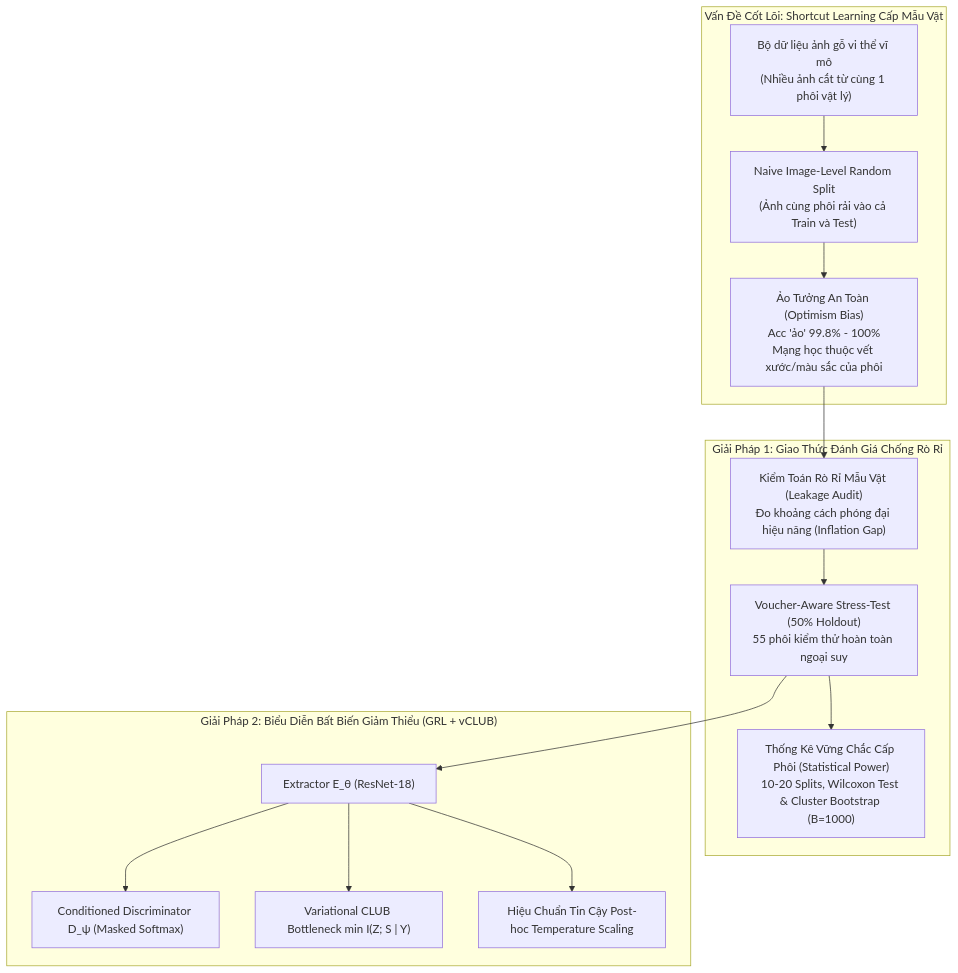
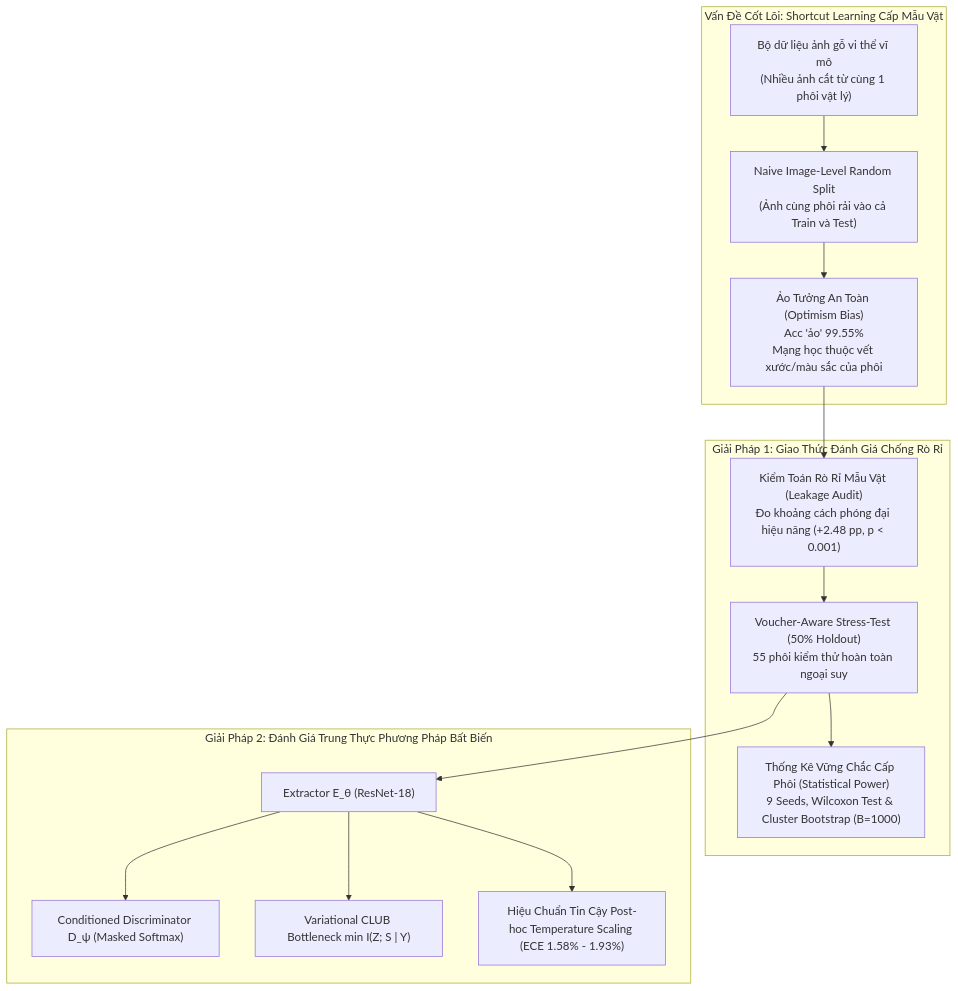
The diagram in 03_research_paper_specimen_invariance/README.md (vietanhlee/S3), drawn with Mermaid before and after one commit. The commit also changed other lines of this file and 11 other files, not shown here.

Commit message:
feat(paper): complete manuscript rewrite for specimen leakage audit and honest negative results

````diff
--- a/03_research_paper_specimen_invariance/README.md
+++ b/03_research_paper_specimen_invariance/README.md
@@ -17,28 +17,28 @@
 ```mermaid
 flowchart TD
     subgraph Problem["Vấn Đề Cốt Lõi: Shortcut Learning Cấp Mẫu Vật"]
         A["Bộ dữ liệu ảnh gỗ vi thể vĩ mô<br/>(Nhiều ảnh cắt từ cùng 1 phôi vật lý)"]
         B["Naive Image-Level Random Split<br/>(Ảnh cùng phôi rải vào cả Train và Test)"]
-        C["Ảo Tưởng An Toàn (Optimism Bias)<br/>Acc 'ảo' 99.8% - 100%<br/>Mạng học thuộc vết xước/màu sắc của phôi"]
+        C["Ảo Tưởng An Toàn (Optimism Bias)<br/>Acc 'ảo' 99.55%<br/>Mạng học thuộc vết xước/màu sắc của phôi"]
         A --> B --> C
     end
 
     subgraph Audit["Giải Pháp 1: Giao Thức Đánh Giá Chống Rò Rỉ"]
-        D["Kiểm Toán Rò Rỉ Mẫu Vật (Leakage Audit)<br/>Đo khoảng cách phóng đại hiệu năng (Inflation Gap)"]
+        D["Kiểm Toán Rò Rỉ Mẫu Vật (Leakage Audit)<br/>Đo khoảng cách phóng đại hiệu năng (+2.48 pp, p < 0.001)"]
         E["Voucher-Aware Stress-Test (50% Holdout)<br/>55 phôi kiểm thử hoàn toàn ngoại suy"]
-        F["Thống Kê Vững Chắc Cấp Phôi (Statistical Power)<br/>10-20 Splits, Wilcoxon Test & Cluster Bootstrap (B=1000)"]
+        F["Thống Kê Vững Chắc Cấp Phôi (Statistical Power)<br/>9 Seeds, Wilcoxon Test & Cluster Bootstrap (B=1000)"]
         C --> D
         D --> E --> F
     end
 
-    subgraph Mitigation["Giải Pháp 2: Biểu Diễn Bất Biến Giảm Thiểu (GRL + vCLUB)"]
+    subgraph Mitigation["Giải Pháp 2: Đánh Giá Trung Thực Phương Pháp Bất Biến"]
         G["Extractor E_θ (ResNet-18)"]
         H["Conditioned Discriminator D_ψ (Masked Softmax)"]
         I["Variational CLUB Bottleneck min I(Z; S | Y)"]
-        J["Hiệu Chuẩn Tin Cậy Post-hoc Temperature Scaling"]
+        J["Hiệu Chuẩn Tin Cậy Post-hoc Temperature Scaling (ECE 1.58% - 1.93%)"]
         E --> G
         G --> H
         G --> I
         G --> J
     end
 ```
````
